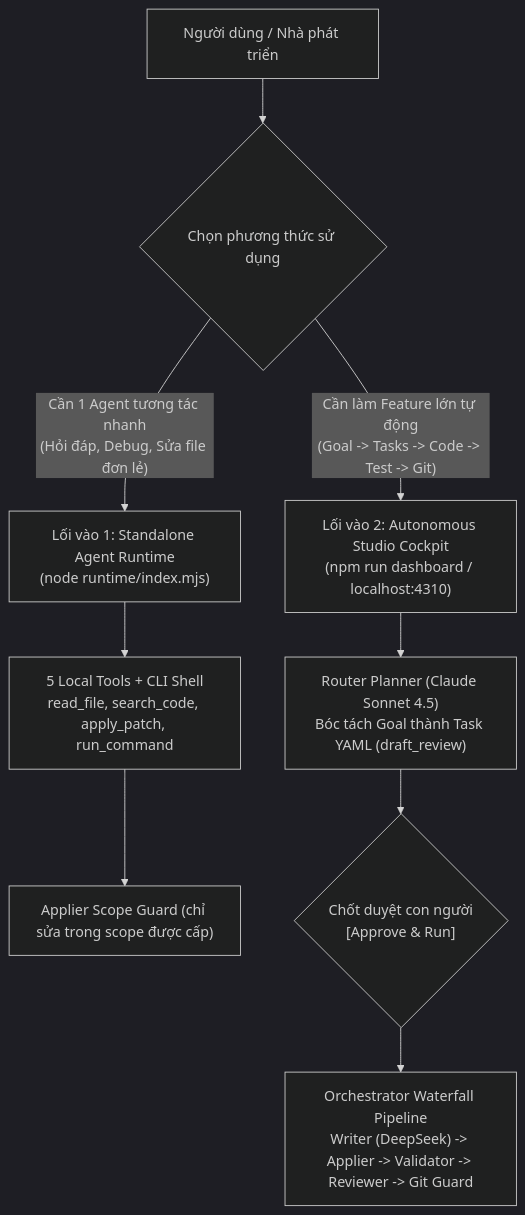
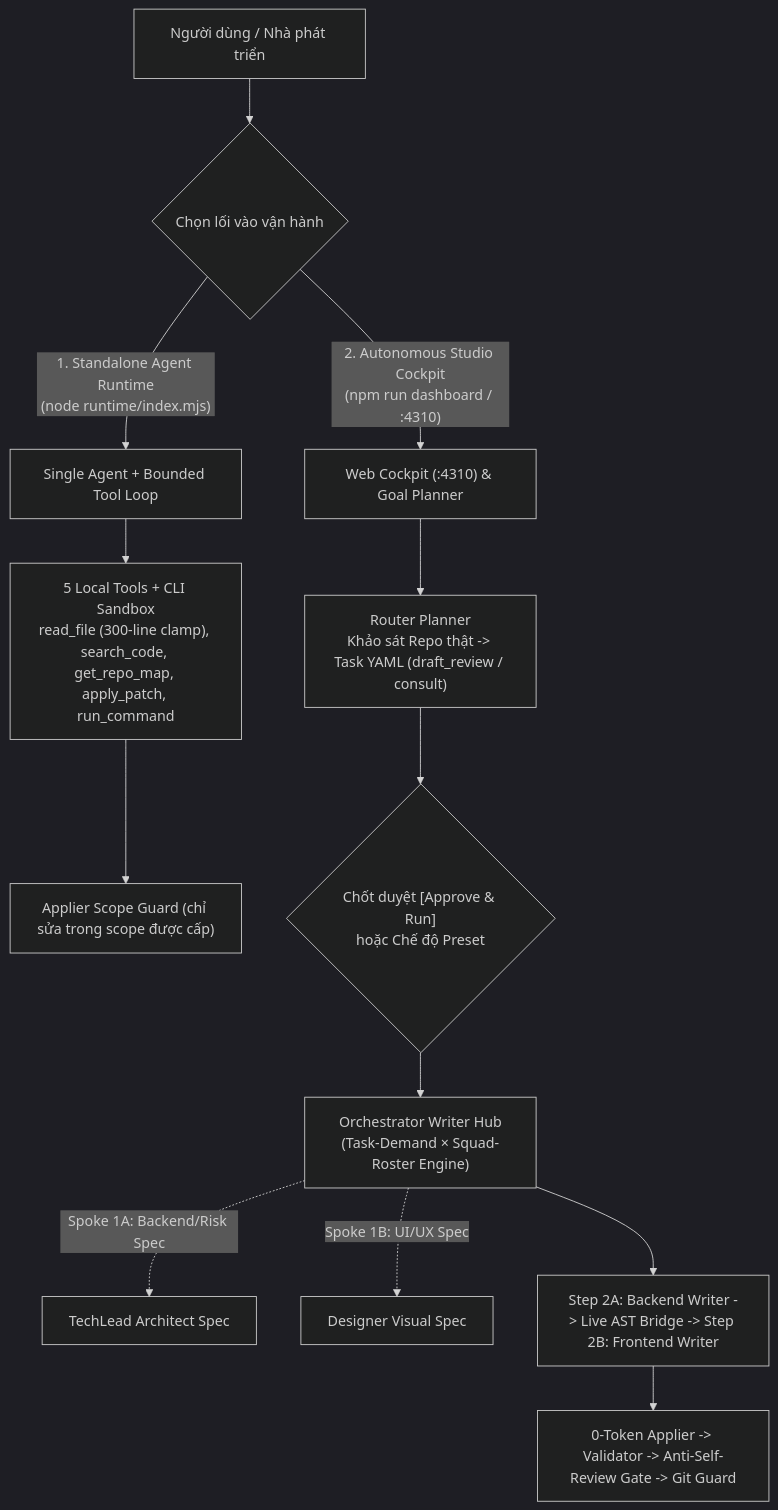
One commit to QuanHuynh123/minimal-agent-orchestrator changed the diagram in README.md. Above: the diagram before and after it, drawn with Mermaid (dark theme). The commit also changed other lines of this file and 2 other files, not shown here.

Commit message:
docs(agent-team): sync README, ONBOARDING, and package.json to v3.1.0 standalone spec

````diff
--- a/README.md
+++ b/README.md
@@ -53,15 +53,20 @@
 ```mermaid
 flowchart TD
-    User["Người dùng / Nhà phát triển"] --> Choice{"Chọn phương thức sử dụng"}
+    User["Người dùng / Nhà phát triển"] --> Choice{"Chọn lối vào vận hành"}
     
     %% Lối vào 1
-    Choice -- "Cần 1 Agent tương tác nhanh\n(Hỏi đáp, Debug, Sửa file đơn lẻ)" --> Runtime["Lối vào 1: Standalone Agent Runtime\n(node runtime/index.mjs)"]
-    Runtime --> Tools["5 Local Tools + CLI Shell\nread_file, search_code, apply_patch, run_command"]
+    Choice -- "1. Standalone Agent Runtime\n(node runtime/index.mjs)" --> Runtime["Single Agent + Bounded Tool Loop"]
+    Runtime --> Tools["5 Local Tools + CLI Sandbox\nread_file (300-line clamp), search_code, get_repo_map, apply_patch, run_command"]
     Tools --> SafeApply["Applier Scope Guard (chỉ sửa trong scope được cấp)"]
     
     %% Lối vào 2
-    Choice -- "Cần làm Feature lớn tự động\n(Goal -> Tasks -> Code -> Test -> Git)" --> Cockpit["Lối vào 2: Autonomous Studio Cockpit\n(npm run dashboard / localhost:4310)"]
-    Cockpit --> Decompose["Router Planner (Claude Sonnet 4.5)\nBóc tách Goal thành Task YAML (draft_review)"]
-    Decompose --> HumanGate{"Chốt duyệt con người\n[Approve & Run]"}
-    HumanGate --> Orchestrator["Orchestrator Waterfall Pipeline\nWriter (DeepSeek) -> Applier -> Validator -> Reviewer -> Git Guard"]
+    Choice -- "2. Autonomous Studio Cockpit\n(npm run dashboard / :4310)" --> Cockpit["Web Cockpit (:4310) & Goal Planner"]
+    Cockpit --> Decompose["Router Planner\nKhảo sát Repo thật -> Task YAML (draft_review / consult)"]
+    Decompose --> HumanGate{"Chốt duyệt [Approve & Run]\nhoặc Chế độ Preset"}
+    HumanGate --> Hub["Orchestrator Writer Hub\n(Task-Demand × Squad-Roster Engine)"]
+    
+    Hub -. "Spoke 1A: Backend/Risk Spec" .-> TechLead["TechLead Architect Spec"]
+    Hub -. "Spoke 1B: UI/UX Spec" .-> Designer["Designer Visual Spec"]
+    Hub --> WriterStep["Step 2A: Backend Writer -> Live AST Bridge -> Step 2B: Frontend Writer"]
+    WriterStep --> Gates["0-Token Applier -> Validator -> Anti-Self-Review Gate -> Git Guard"]
 ```
````
